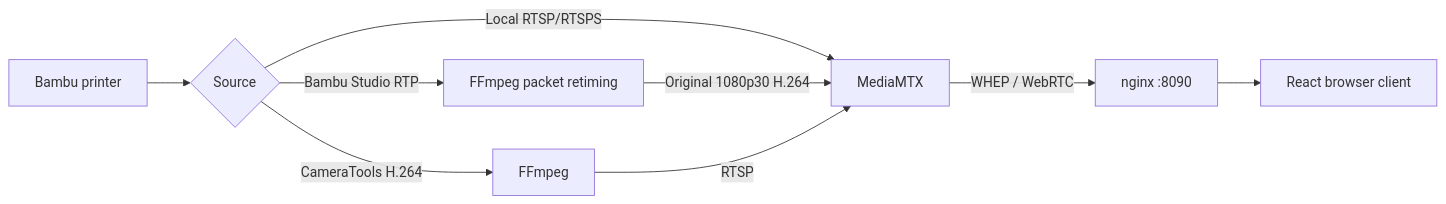
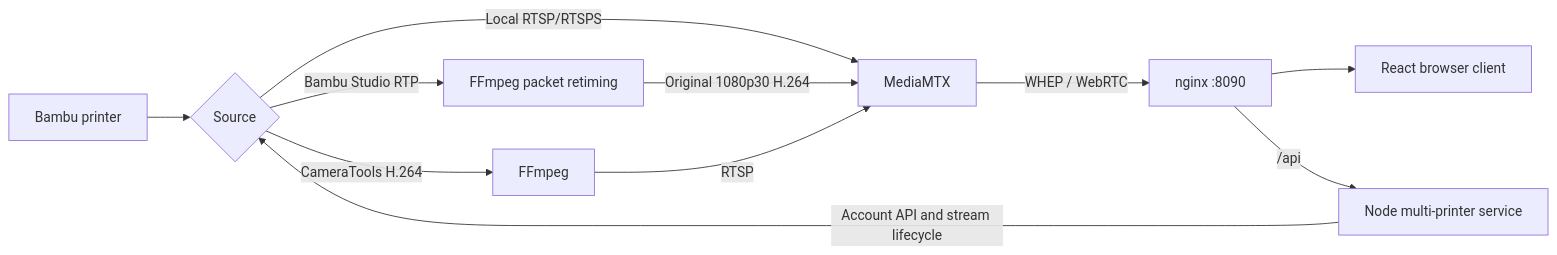
One commit to drlocke/bambulab_webcam_proxy changed the diagram in README.md. Above: the diagram before and after it, drawn with Mermaid. The commit also changed other lines of this file and 31 other files, not shown here.

Commit message:
feat: add multi mode with auth flow and bug fixes

````diff
--- a/README.md
+++ b/README.md
@@ -13,11 +19,13 @@
 ```mermaid
 flowchart LR
     A[Bambu printer] --> B{Source}
     B -->|Local RTSP/RTSPS| C[MediaMTX]
     B -->|Bambu Studio RTP| G[FFmpeg packet retiming]
     G -->|Original 1080p30 H.264| C
     B -->|CameraTools H.264| D[FFmpeg]
     D -->|RTSP| C
     C -->|WHEP / WebRTC| E[nginx :8090]
     E --> F[React browser client]
+    H[Node multi-printer service] -->|Account API and stream lifecycle| B
+    E -->|/api| H
 ```
````
